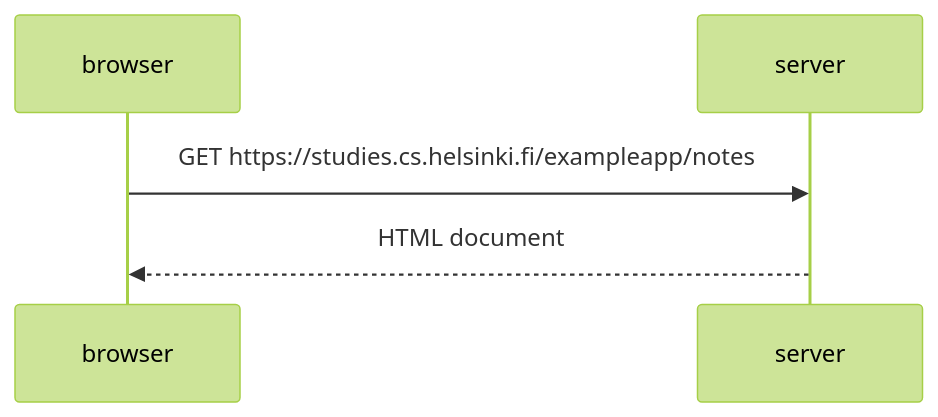
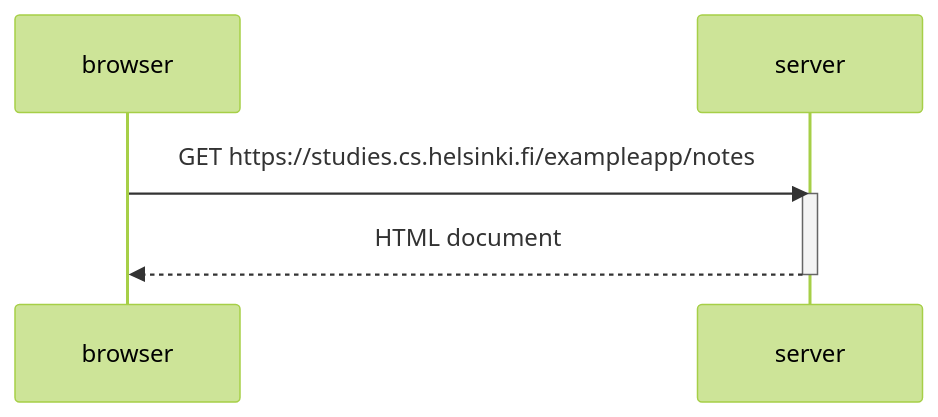
One commit to andersonkwok/git001 changed the diagram in 0.4.md. Above: the diagram before and after it, drawn with Mermaid (forest theme).

````diff
--- a/0.4.md
+++ b/0.4.md
@@ -2,8 +2,10 @@
 ```mermaid
 sequenceDiagram
     participant browser
     participant server
 
     browser->>server: GET https://studies.cs.helsinki.fi/exampleapp/notes
+    activate server
     server-->>browser: HTML document
+    deactivate server
 ```
````
